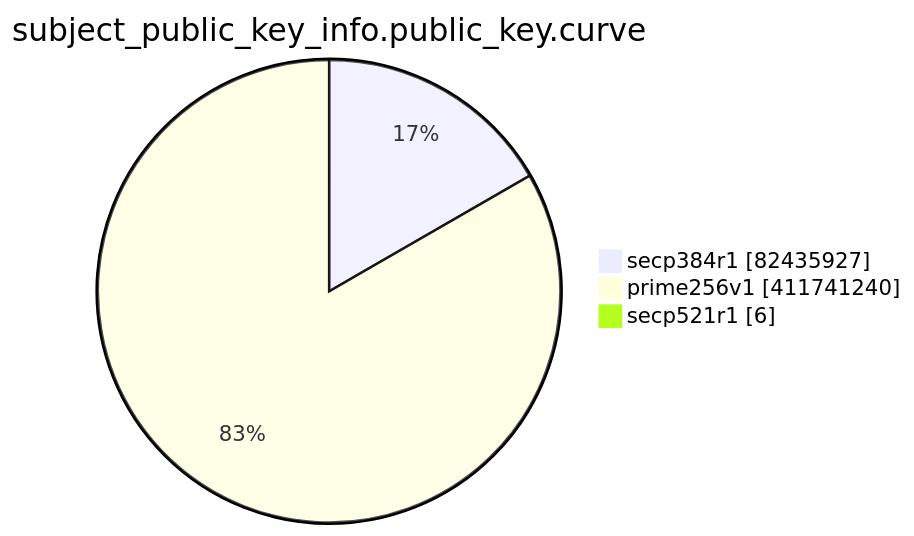
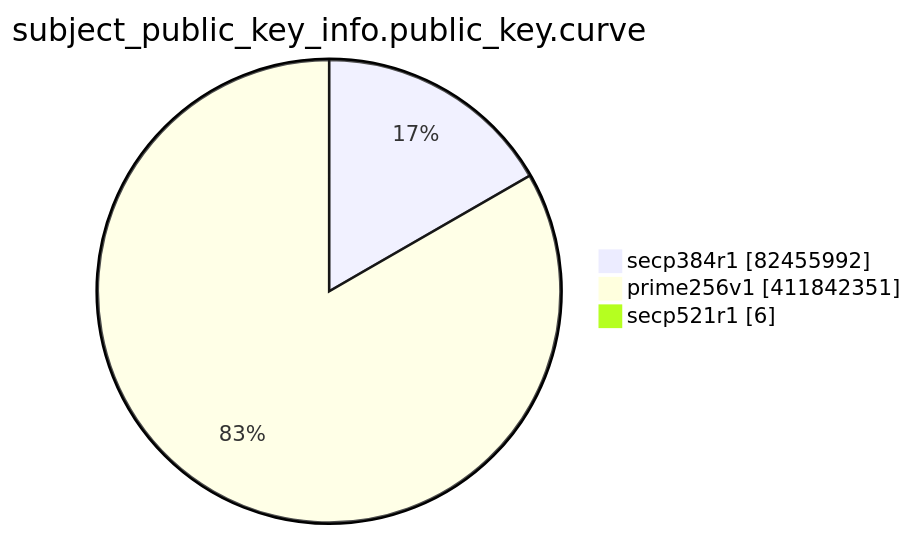
The eighth of 15 diagrams in TOTAL/README.md (christiankrug/ctmonitor_visualization), drawn with Mermaid before and after one commit. The commit also changed other lines of this file, not shown here.

````diff
--- a/TOTAL/README.md
+++ b/TOTAL/README.md
@@ -3097,7 +3097,7 @@
 ```mermaid
 pie showData
 title subject_public_key_info.public_key.curve
-"secp384r1" :82435927
-"prime256v1" :411741240
+"secp384r1" :82455992
+"prime256v1" :411842351
 "secp521r1" :6
 ```
````
